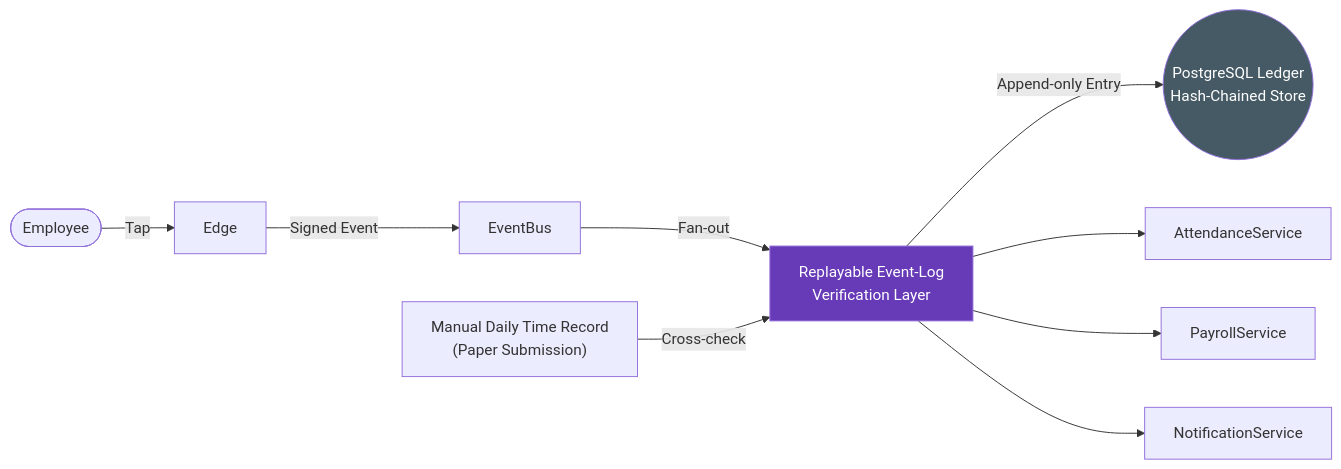
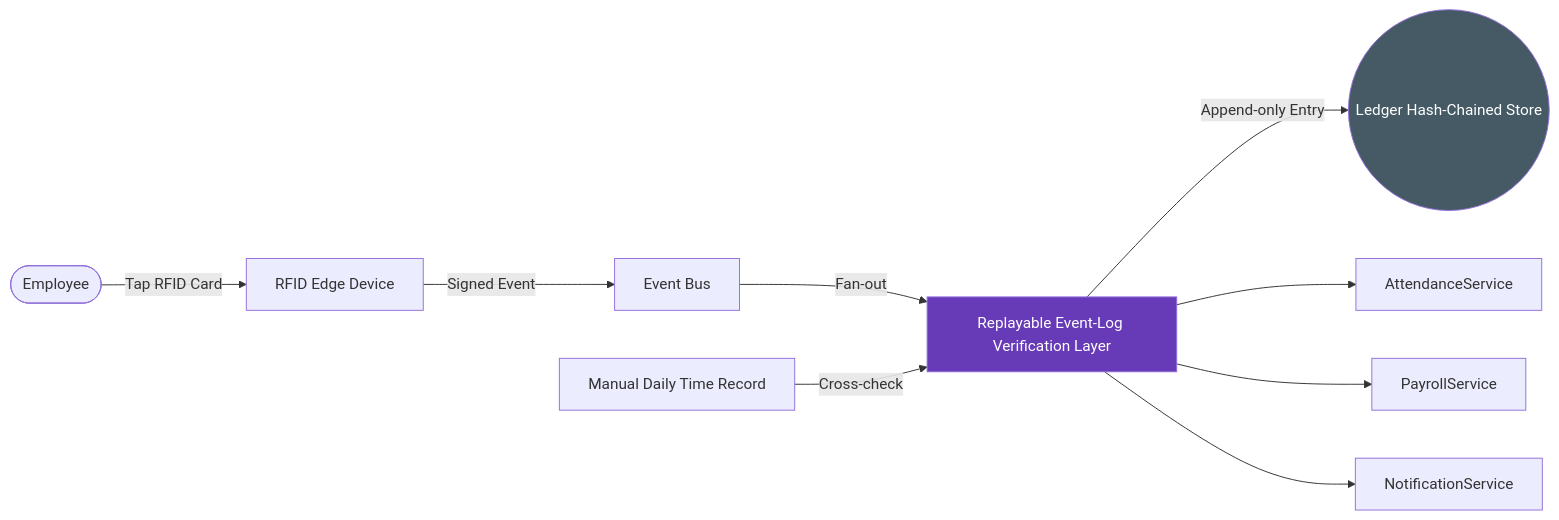
The second of 3 diagrams in docs/workflows/integrations/patentable-proposal/rfid-replayable-event-log-proposal.md (A-rizz/cameco), drawn with Mermaid before and after one commit. The commit also changed other lines of this file, not shown here.

First line of the commit message:
Revise RFID Replayable Event-Log Proposal for Patent Focus

````diff
--- a/docs/workflows/integrations/patentable-proposal/rfid-replayable-event-log-proposal.md
+++ b/docs/workflows/integrations/patentable-proposal/rfid-replayable-event-log-proposal.md
@@ -33,18 +61,14 @@
 ```mermaid
 graph LR
-  Employee(["Employee"]) -->|Tap| Edge
-  Edge -->|Signed Event| EventBus
-  EventBus -->|Fan-out| VerificationCore["Replayable Event-Log
-Verification Layer"]
-  VerificationCore -->|Append-only Entry| ImmutableLog(("PostgreSQL Ledger
-Hash-Chained Store"))
+  Employee([Employee]) -->|Tap RFID Card| EdgeDevice[RFID Edge Device]
+  EdgeDevice -->|Signed Event| EventBus[Event Bus]
+  EventBus -->|Fan-out| VerificationCore["Replayable Event-Log Verification Layer"]
+  VerificationCore -->|Append-only Entry| ImmutableLog(("Ledger Hash-Chained Store"))
   VerificationCore --> AttendanceService
   VerificationCore --> PayrollService
   VerificationCore --> NotificationService
-  MDTR["Manual Daily Time Record
-(Paper Submission)"] -->|Cross-check| VerificationCore
+  MDTR["Manual Daily Time Record"] -->|Cross-check| VerificationCore
 
   style VerificationCore fill:#673ab7,color:#fff
   style ImmutableLog fill:#455a64,color:#fff
-
 ```
````
